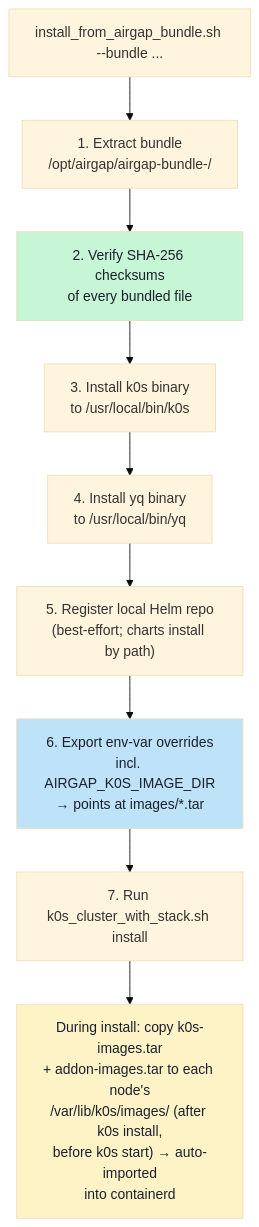
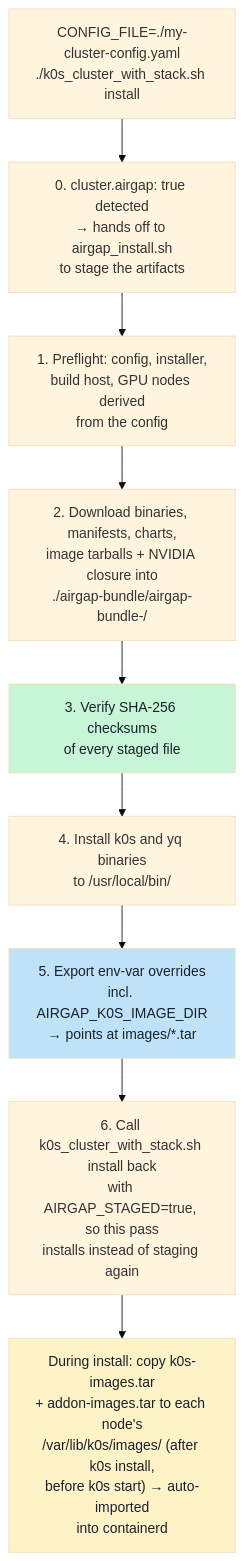
The eighth of 11 diagrams in tools/cluster_setup/DEPLOYMENT_GUIDE.md (splunk/splunk-ai-operator), drawn with Mermaid (base theme) before and after one commit. The commit also changed other lines of this file and 7 other files, not shown here.

````diff
--- a/tools/cluster_setup/DEPLOYMENT_GUIDE.md
+++ b/tools/cluster_setup/DEPLOYMENT_GUIDE.md
@@ -633,17 +676,19 @@
 ```mermaid
 flowchart TD
-    A["install_from_airgap_bundle.sh --bundle ..."] --> B
+    A["CONFIG_FILE=./my-cluster-config.yaml\n./k0s_cluster_with_stack.sh install"] --> A2
 
-    B["1. Extract bundle\n/opt/airgap/airgap-bundle-<date>/"]
-    B --> C["2. Verify SHA-256 checksums\nof every bundled file"]
-    C --> D["3. Install k0s binary\nto /usr/local/bin/k0s"]
-    D --> E["4. Install yq binary\nto /usr/local/bin/yq"]
-    E --> F["5. Register local Helm repo\n(best-effort; charts install by path)"]
-    F --> G["6. Export env-var overrides\nincl. AIRGAP_K0S_IMAGE_DIR\n→ points at images/*.tar"]
-    G --> H["7. Run k0s_cluster_with_stack.sh install"]
-    H --> I["During install: copy k0s-images.tar\n+ addon-images.tar to each node's\n/var/lib/k0s/images/ (after k0s install,\nbefore k0s start) → auto-imported\ninto containerd"]
+    A2["0. cluster.airgap: true detected\n→ hands off to airgap_install.sh\nto stage the artifacts"]
+    A2 --> B
 
-    style C fill:#c6f6d5,color:#1a202c
-    style G fill:#bee3f8,color:#1a202c
-    style I fill:#fef3c7,color:#1a202c
+    B["1. Preflight: config, installer,\nbuild host, GPU nodes derived\nfrom the config"]
+    B --> C["2. Download binaries, manifests, charts,\nimage tarballs + NVIDIA closure into\n./airgap-bundle/airgap-bundle-<date>/"]
+    C --> D["3. Verify SHA-256 checksums\nof every staged file"]
+    D --> E["4. Install k0s and yq binaries\nto /usr/local/bin/"]
+    E --> F["5. Export env-var overrides\nincl. AIRGAP_K0S_IMAGE_DIR\n→ points at images/*.tar"]
+    F --> G["6. Call k0s_cluster_with_stack.sh install back\nwith AIRGAP_STAGED=true, so this pass\ninstalls instead of staging again"]
+    G --> H["During install: copy k0s-images.tar\n+ addon-images.tar to each node's\n/var/lib/k0s/images/ (after k0s install,\nbefore k0s start) → auto-imported\ninto containerd"]
+
+    style D fill:#c6f6d5,color:#1a202c
+    style F fill:#bee3f8,color:#1a202c
+    style H fill:#fef3c7,color:#1a202c
 ```
````
